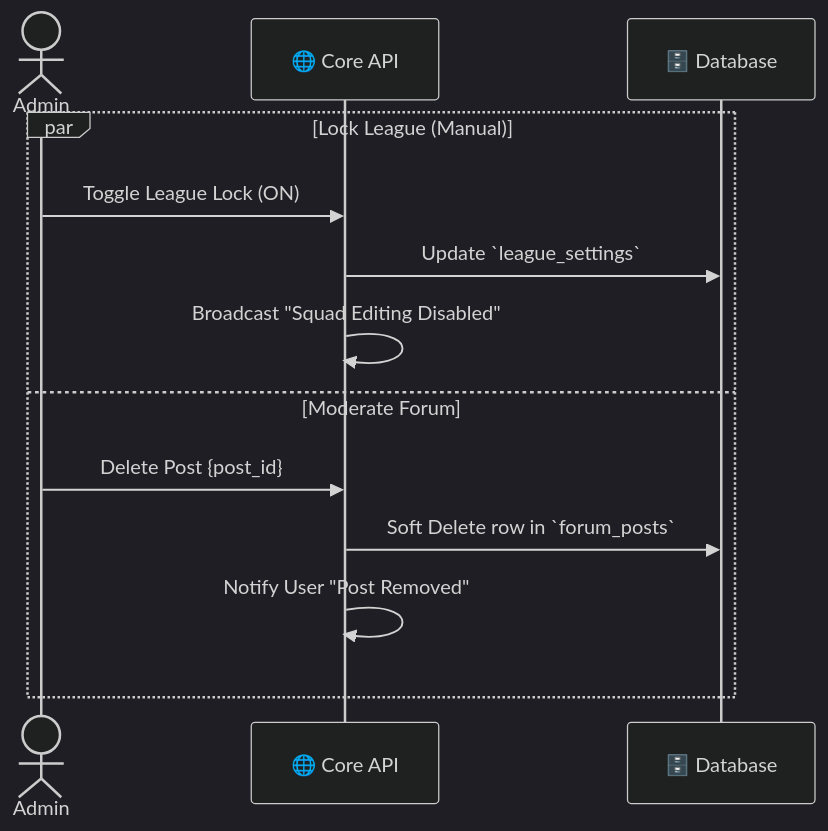
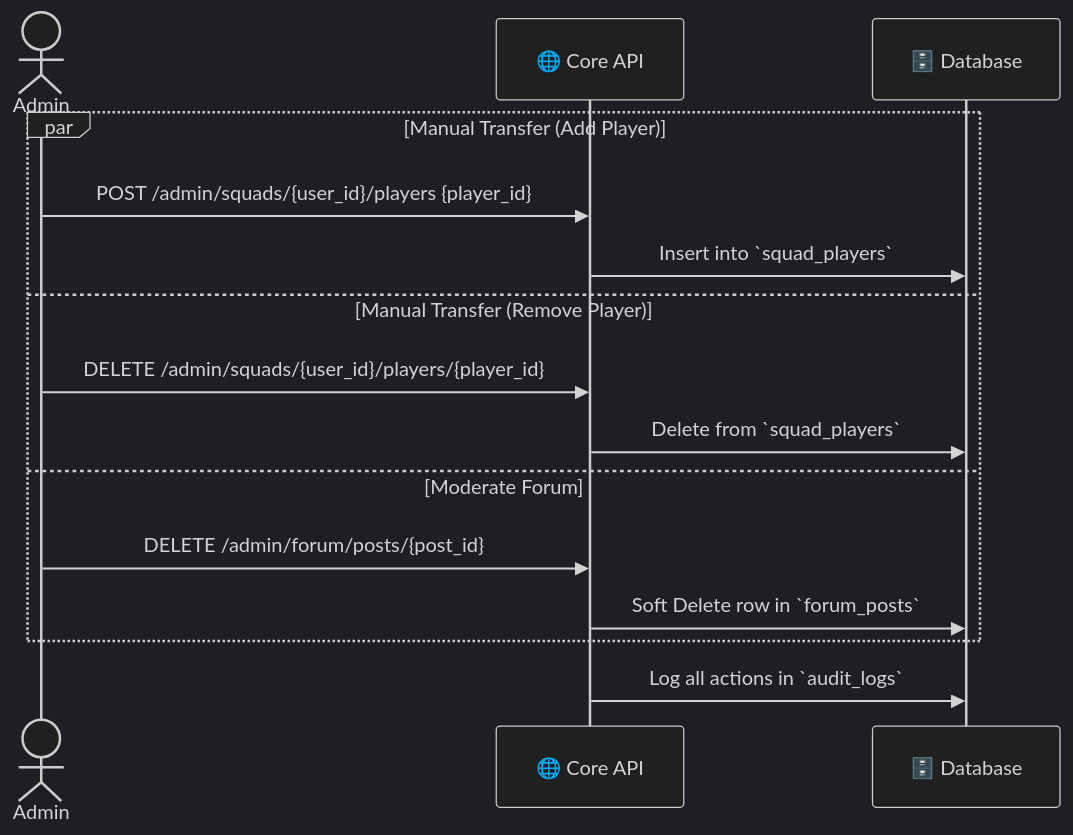
Diagram 12 of 12 in docs/ARCHITECTURE.md (narcisoriol-toorconnect/randomleague), drawn with Mermaid (dark theme) before and after one commit. The commit also changed other lines of this file and 10 other files, not shown here.

Commit message:
feat: Add API contract definitions for authentication, social, rankings, and admin, and update related architecture, requirements, and database documentation.

````diff
--- a/docs/ARCHITECTURE.md
+++ b/docs/ARCHITECTURE.md
@@ -281,16 +278,18 @@
 ```mermaid
 sequenceDiagram
     actor Admin
     participant API as 🌐 Core API
     participant DB as 🗄️ Database
 
-    par Lock League (Manual)
-        Admin->>API: Toggle League Lock (ON)
-        API->>DB: Update `league_settings`
-        API->>API: Broadcast "Squad Editing Disabled"
+    par Manual Transfer (Add Player)
+        Admin->>API: POST /admin/squads/{user_id}/players {player_id}
+        API->>DB: Insert into `squad_players`
+    and Manual Transfer (Remove Player)
+        Admin->>API: DELETE /admin/squads/{user_id}/players/{player_id}
+        API->>DB: Delete from `squad_players`
     and Moderate Forum
-        Admin->>API: Delete Post {post_id}
+        Admin->>API: DELETE /admin/forum/posts/{post_id}
         API->>DB: Soft Delete row in `forum_posts`
-        API->>API: Notify User "Post Removed"
     end
+    API->>DB: Log all actions in `audit_logs`
 ```
````
